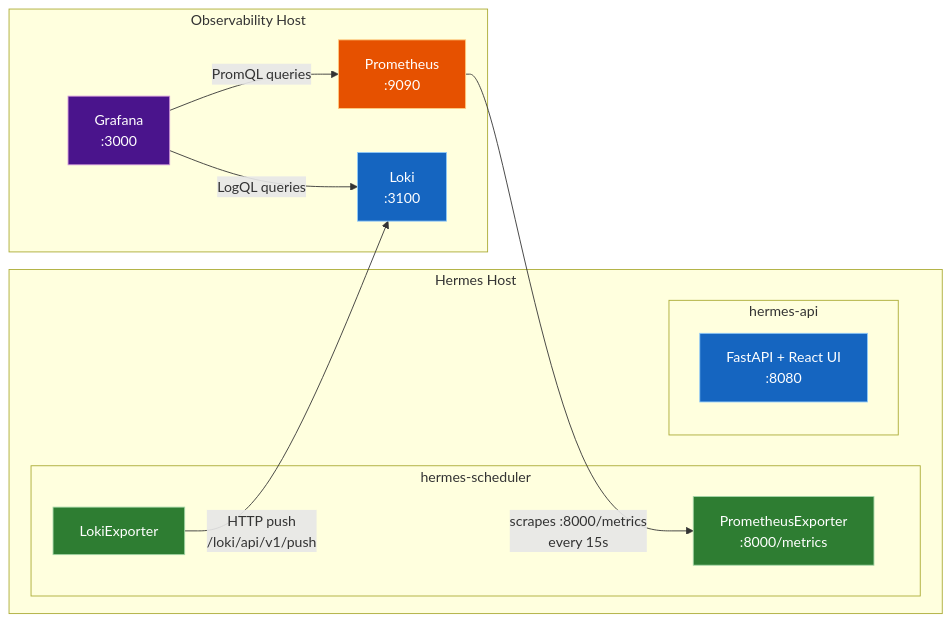
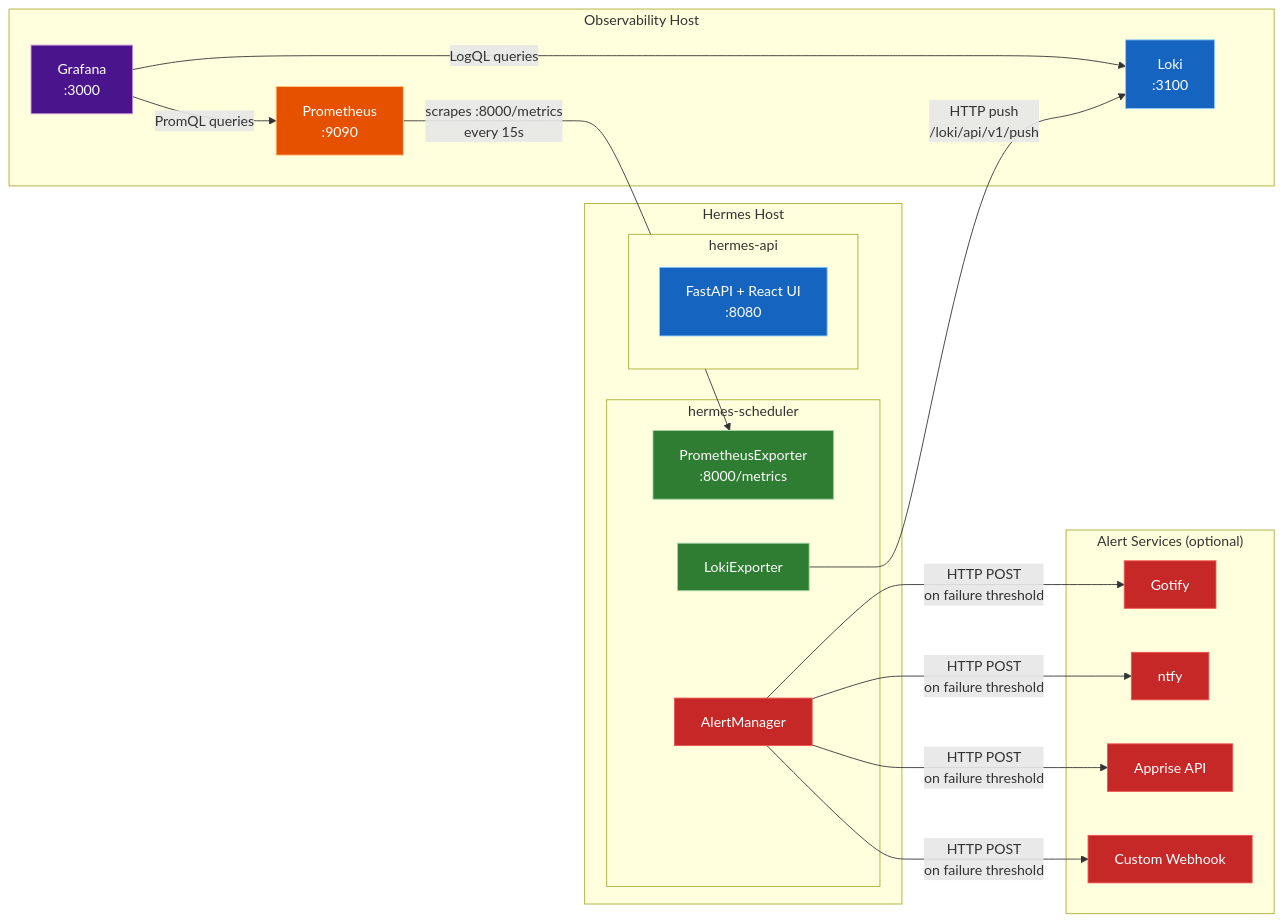
One commit to fabell4/Hermes changed the second of 2 diagrams in README.md. Above: the diagram before and after it, drawn with Mermaid. The commit also changed other lines of this file and 2 other files, not shown here.

````diff
--- a/README.md
+++ b/README.md
@@ -63,30 +69,47 @@
 ```mermaid
 flowchart LR
     subgraph HERMES_HOST["Hermes Host"]
         subgraph SCHED_CONTAINER["hermes-scheduler"]
             PROM_EP["PrometheusExporter\n:8000/metrics"]
             LOKI_EXP["LokiExporter"]
+            ALERT_MGR["AlertManager"]
         end
         subgraph API_CONTAINER["hermes-api"]
             API["FastAPI + React UI\n:8080"]
         end
     end
 
     subgraph OBS_HOST["Observability Host"]
         PROMETHEUS["Prometheus\n:9090"]
         LOKI["Loki\n:3100"]
         GRAFANA["Grafana\n:3000"]
     end
 
+    subgraph ALERT_HOST["Alert Services (optional)"]
+        GOTIFY["Gotify"]
+        NTFY["ntfy"]
+        APPRISE["Apprise API"]
+        WEBHOOK["Custom Webhook"]
+    end
+
     PROMETHEUS -- "scrapes :8000/metrics\nevery 15s" --> PROM_EP
     LOKI_EXP -- "HTTP push\n/loki/api/v1/push" --> LOKI
     GRAFANA -- "PromQL queries" --> PROMETHEUS
     GRAFANA -- "LogQL queries" --> LOKI
+    ALERT_MGR -- "HTTP POST\non failure threshold" --> GOTIFY
+    ALERT_MGR -- "HTTP POST\non failure threshold" --> NTFY
+    ALERT_MGR -- "HTTP POST\non failure threshold" --> APPRISE
+    ALERT_MGR -- "HTTP POST\non failure threshold" --> WEBHOOK
 
     style PROM_EP fill:#2e7d32,stroke:#a5d6a7,color:#ffffff
     style LOKI_EXP fill:#2e7d32,stroke:#a5d6a7,color:#ffffff
+    style ALERT_MGR fill:#c62828,stroke:#ef5350,color:#ffffff
     style API fill:#1565c0,stroke:#90caf9,color:#ffffff
     style PROMETHEUS fill:#e65100,stroke:#ffcc80,color:#ffffff
     style LOKI fill:#1565c0,stroke:#90caf9,color:#ffffff
     style GRAFANA fill:#4a148c,stroke:#ce93d8,color:#ffffff
+    style GOTIFY fill:#c62828,stroke:#ef5350,color:#ffffff
+    style NTFY fill:#c62828,stroke:#ef5350,color:#ffffff
+    style APPRISE fill:#c62828,stroke:#ef5350,color:#ffffff
+    style WEBHOOK fill:#c62828,stroke:#ef5350,color:#ffffff
 ```
````
